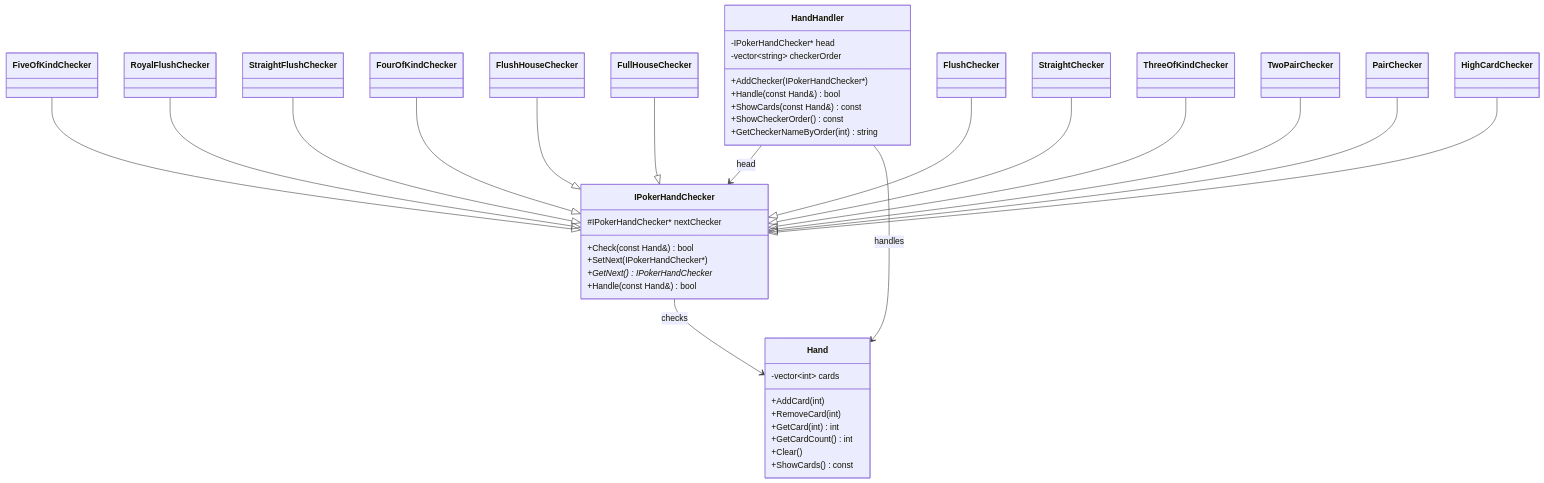
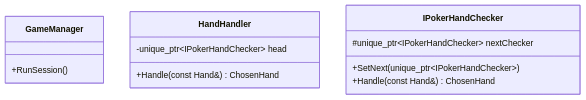
The first of 2 diagrams in docs/design-pattern-analysis.md (Amrhea/Kel.DesignPattern), drawn with Mermaid before and after one commit. The commit also changed other lines of this file and 10 other files, not shown here.

````diff
--- a/docs/design-pattern-analysis.md
+++ b/docs/design-pattern-analysis.md
@@ -87,60 +53,17 @@
 ```mermaid
 classDiagram
-    class Hand {
-        -vector~int~ cards
-        +AddCard(int)
-        +RemoveCard(int)
-        +GetCard(int) int
-        +GetCardCount() int
-        +Clear()
-        +ShowCards() const
+    class GameManager {
+        +RunSession()
+    }
+
+    class HandHandler {
+        -unique_ptr~IPokerHandChecker~ head
+        +Handle(const Hand&) ChosenHand
     }
 
     class IPokerHandChecker {
-        #IPokerHandChecker* nextChecker
-        +Check(const Hand&) bool
-        +SetNext(IPokerHandChecker*)
-        +GetNext() IPokerHandChecker*
-        +Handle(const Hand&) bool
+        #unique_ptr~IPokerHandChecker~ nextChecker
+        +SetNext(unique_ptr~IPokerHandChecker~)
+        +Handle(const Hand&) ChosenHand
     }
-
-    class HandHandler {
-        -IPokerHandChecker* head
-        -vector~string~ checkerOrder
-        +AddChecker(IPokerHandChecker*)
-        +Handle(const Hand&) bool
-        +ShowCards(const Hand&) const
-        +ShowCheckerOrder() const
-        +GetCheckerNameByOrder(int) string
-    }
-
-    class FiveOfKindChecker
-    class RoyalFlushChecker
-    class StraightFlushChecker
-    class FourOfKindChecker
-    class FlushHouseChecker
-    class FullHouseChecker
-    class FlushChecker
-    class StraightChecker
-    class ThreeOfKindChecker
-    class TwoPairChecker
-    class PairChecker
-    class HighCardChecker
-
-    HandHandler --> IPokerHandChecker : head
-    IPokerHandChecker --> Hand : checks
-    HandHandler --> Hand : handles
-
-    FiveOfKindChecker --|> IPokerHandChecker
-    RoyalFlushChecker --|> IPokerHandChecker
-    StraightFlushChecker --|> IPokerHandChecker
-    FourOfKindChecker --|> IPokerHandChecker
-    FlushHouseChecker --|> IPokerHandChecker
-    FullHouseChecker --|> IPokerHandChecker
-    FlushChecker --|> IPokerHandChecker
-    StraightChecker --|> IPokerHandChecker
-    ThreeOfKindChecker --|> IPokerHandChecker
-    TwoPairChecker --|> IPokerHandChecker
-    PairChecker --|> IPokerHandChecker
-    HighCardChecker --|> IPokerHandChecker
 ```
````
